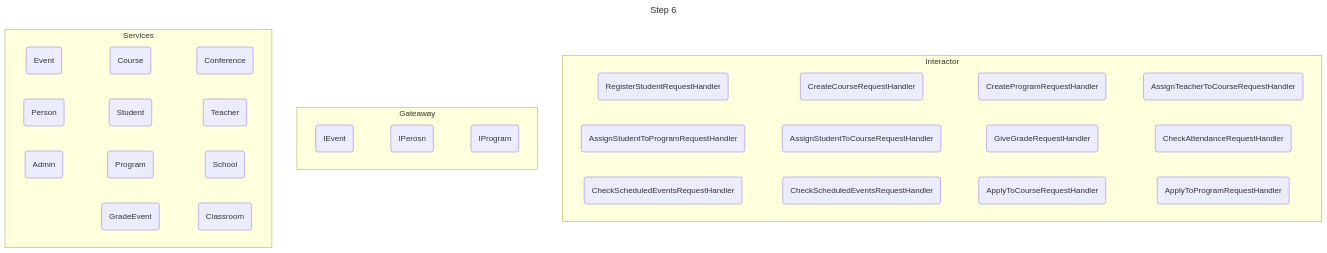
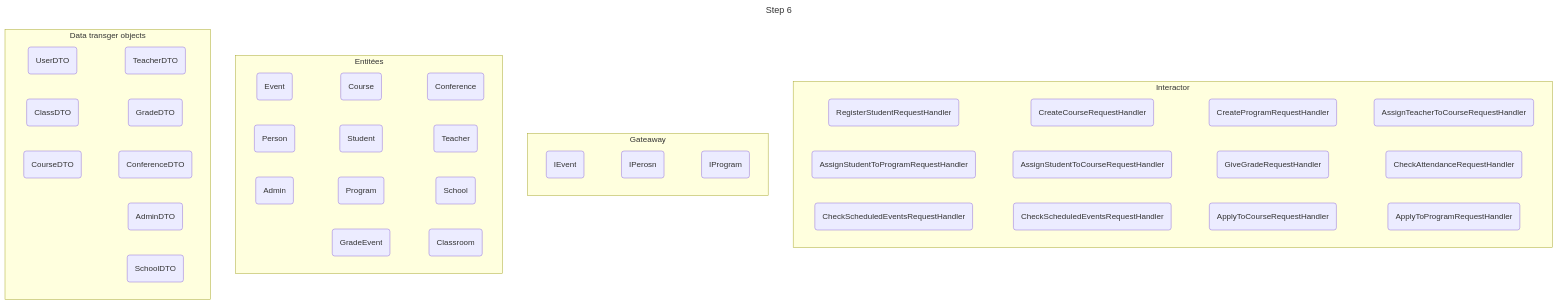
One commit to Inner-daydream/design-project-esiea changed the fifth of 6 diagrams in Step2-6.5.md. Above: the diagram before and after it, drawn with Mermaid. The commit also changed other lines of this file, not shown here.

````diff
--- a/Step2-6.5.md
+++ b/Step2-6.5.md
@@ -445,37 +445,47 @@
 ```mermaid
 ---
 title: Step 6
 ---
 graph TD;
    subgraph Interactor
     id1(RegisterStudentRequestHandler)~~~ id4(CreateCourseRequestHandler) ~~~ id2(CreateProgramRequestHandler) ~~~
     id5(AssignTeacherToCourseRequestHandler)  
     
     id3(AssignStudentToProgramRequestHandler)~~~ id6(AssignStudentToCourseRequestHandler) ~~~
     id7(GiveGradeRequestHandler) ~~~ id8(CheckAttendanceRequestHandler)
     
     id9(CheckScheduledEventsRequestHandler) ~~~
     id10(CheckScheduledEventsRequestHandler)~~~
     id11(ApplyToCourseRequestHandler)~~~
     id12(ApplyToProgramRequestHandler)
     end
     subgraph Gateaway
     id13(IEvent)~~~
     id14(IPerosn)~~~
     id15(IProgram)
     end
-    subgraph Services
+    subgraph Entitées
    	 id16(Event)~~~
     id17(Course)~~~
     id18(Conference)
     id19(Person)~~~
     id20(Student)~~~
     id21(Teacher)
     id22(Admin)~~~
     id23(Program)~~~
     id24(School)
     id25(GradeEvent)~~~
     id26(Classroom)
     end
+    subgraph Data transger objects
+        id27(UserDTO)~~~
+        id28(TeacherDTO)
+        id29(AdminDTO)
+        id30(SchoolDTO)
+        id31(ClassDTO)~~~
+        id32(GradeDTO)
+        id33(CourseDTO)~~~
+        id34(ConferenceDTO)
+    end
 
 ```
````
